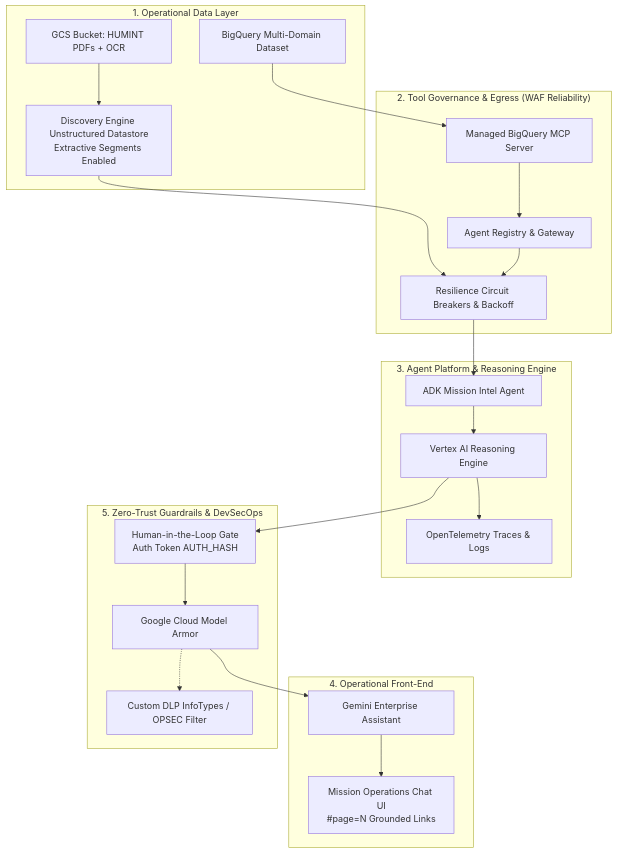
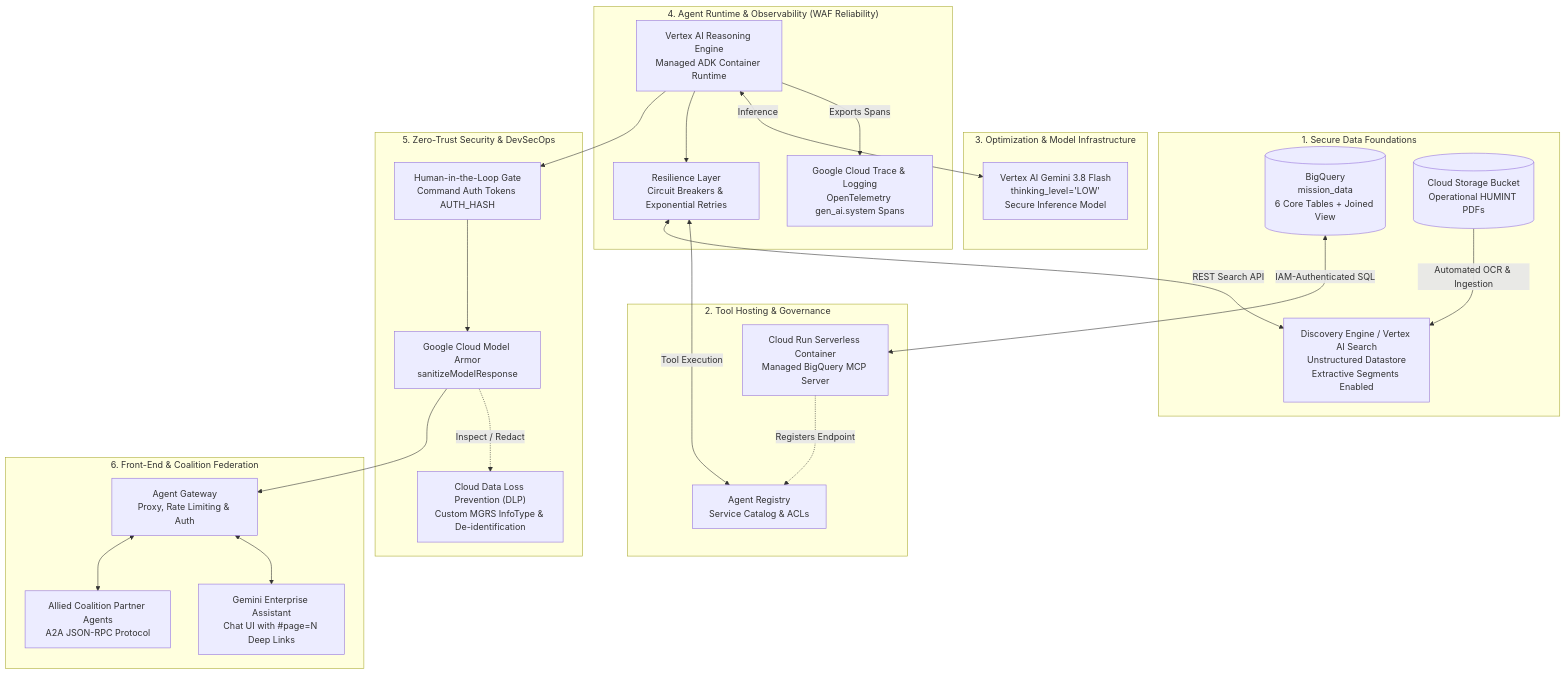
The diagram in README.md (edwardsda-prog/Intelligence-Agent), drawn with Mermaid before and after one commit. The commit also changed other lines of this file, not shown here.

Commit message:
docs: rewrite README to align with scope, architecture, and trainer scenarios

````diff
--- a/README.md
+++ b/README.md
@@ -27,45 +22,52 @@
 ```mermaid
 flowchart TD
-    subgraph Data["1. Operational Data Layer"]
-        BQ[BigQuery Multi-Domain Dataset]
-        DE[Discovery Engine Unstructured Datastore\nExtractive Segments Enabled]
-        GCS[GCS Bucket: HUMINT PDFs + OCR]
+    subgraph DataLayer["1. Secure Data Foundations"]
+        BQ[("BigQuery<br/>mission_data<br/>6 Core Tables + Joined View")]
+        GCS[("Cloud Storage Bucket<br/>Operational HUMINT PDFs")]
+        DE["Discovery Engine / Vertex AI Search<br/>Unstructured Datastore<br/>Extractive Segments Enabled"]
+        GCS -->|Automated OCR & Ingestion| DE
     end
 
-    subgraph Governance["2. Tool Governance & Egress (WAF Reliability)"]
-        MCP[Managed BigQuery MCP Server]
-        AR[Agent Registry & Gateway]
-        CB[Resilience Circuit Breakers & Backoff]
+    subgraph ToolGovernance["2. Tool Hosting & Governance"]
+        CR["Cloud Run Serverless Container<br/>Managed BigQuery MCP Server"]
+        AR["Agent Registry<br/>Service Catalog & ACLs"]
+        CR -.->|Registers Endpoint| AR
+        BQ <-->|IAM-Authenticated SQL| CR
     end
 
-    subgraph Runtime["3. Agent Platform & Reasoning Engine"]
-        ADK[ADK Mission Intel Agent]
-        RE[Vertex AI Reasoning Engine]
-        OTEL[OpenTelemetry Traces & Logs]
+    subgraph CachingAndModels["3. Optimization & Model Infrastructure"]
+        GEMINI["Vertex AI Gemini 3.8 Flash<br/>thinking_level='LOW'<br/>Secure Inference Model"]
     end
 
-    subgraph Interface["4. Operational Front-End"]
-        GE[Gemini Enterprise Assistant]
-        UI[Mission Operations Chat UI\n#page=N Grounded Links]
+    subgraph AgentRuntime["4. Agent Runtime & Observability (WAF Reliability)"]
+        RE["Vertex AI Reasoning Engine<br/>Managed ADK Container Runtime"]
+        OTEL["Google Cloud Trace & Logging<br/>OpenTelemetry gen_ai.system Spans"]
+        CB["Resilience Layer<br/>Circuit Breakers & Exponential Retries"]
+        
+        RE -->|Exports Spans| OTEL
+        RE <-->|Inference| GEMINI
+        RE --> CB
+        CB <-->|Tool Execution| AR
+        CB <-->|REST Search API| DE
     end
 
-    subgraph Security["5. Zero-Trust Guardrails & DevSecOps"]
-        HITL[Human-in-the-Loop Gate\nAuth Token AUTH_HASH]
-        MA[Google Cloud Model Armor]
-        DLP[Custom DLP InfoTypes / OPSEC Filter]
+    subgraph SecurityLayer["5. Zero-Trust Security & DevSecOps"]
+        HITL["Human-in-the-Loop Gate<br/>Command Auth Tokens AUTH_HASH"]
+        MA["Google Cloud Model Armor<br/>sanitizeModelResponse"]
+        DLP["Cloud Data Loss Prevention (DLP)<br/>Custom MGRS InfoType & De-identification"]
+        
+        RE --> HITL
+        HITL --> MA
+        MA -.->|Inspect / Redact| DLP
     end
 
-    GCS --> DE
-    BQ --> MCP
-    DE --> CB
-    MCP --> AR
-    AR --> CB
-    CB --> ADK
-    ADK --> RE
-    RE --> OTEL
-    RE --> HITL
-    HITL --> MA
-    MA -.-> DLP
-    MA --> GE
-    GE --> UI
+    subgraph OperationalFrontEnd["6. Front-End & Coalition Federation"]
+        GW["Agent Gateway<br/>Proxy, Rate Limiting & Auth"]
+        GE["Gemini Enterprise Assistant<br/>Chat UI with #page=N Deep Links"]
+        COALITION["Allied Coalition Partner Agents<br/>A2A JSON-RPC Protocol"]
+        
+        MA --> GW
+        GW <--> GE
+        GW <--> COALITION
+    end
 ```
````
